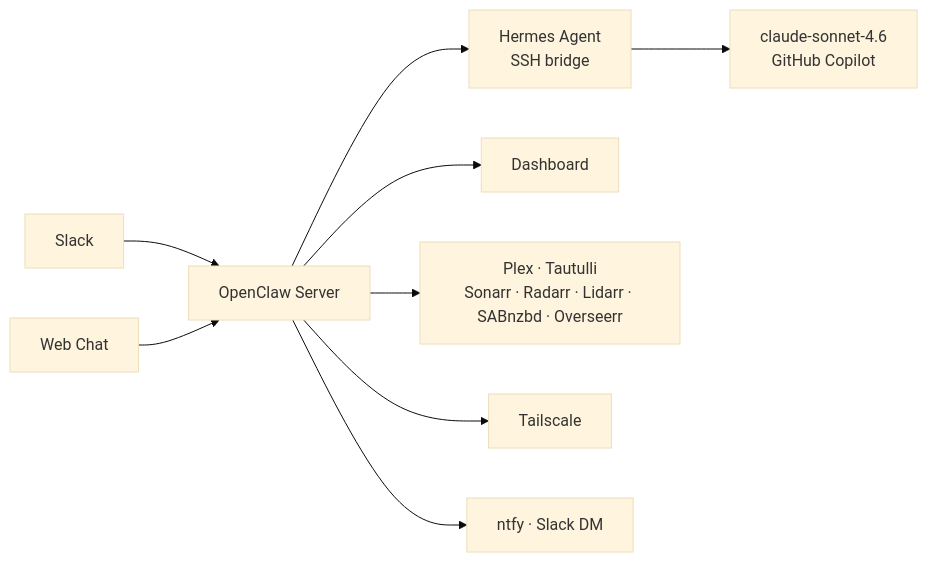
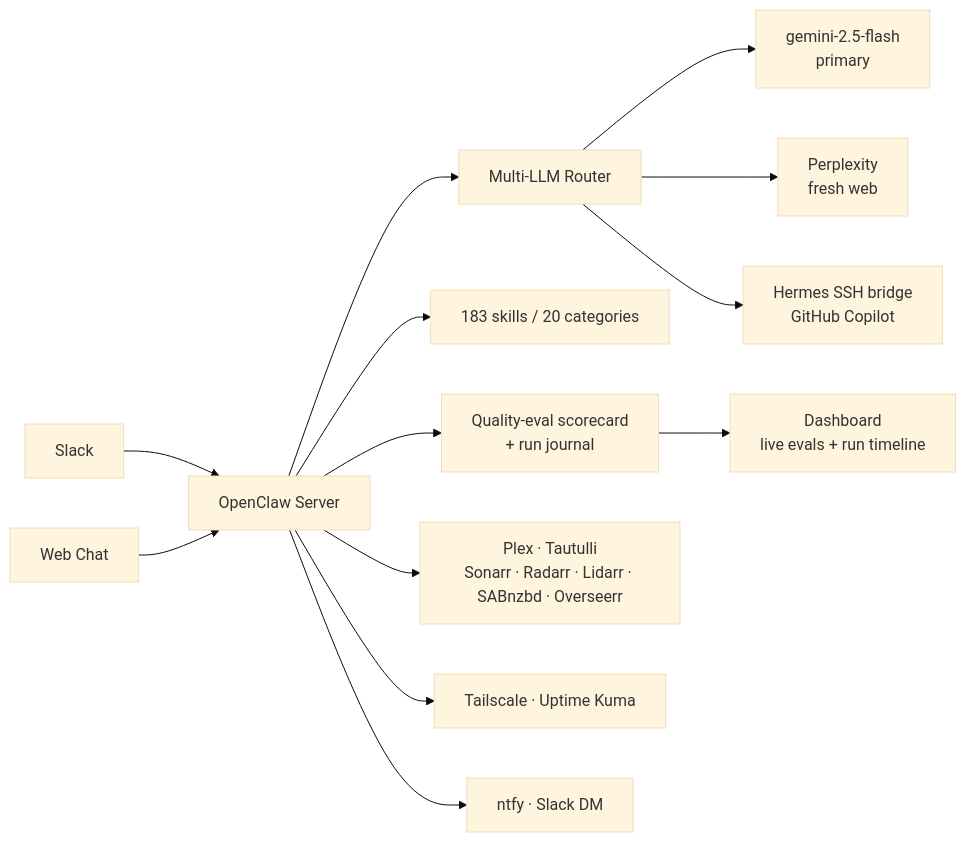
The diagram in README.md (DaveVoyles/openclaw-on-mac-mini), drawn with Mermaid (base theme) before and after one commit. The commit also changed other lines of this file and 1 other file, not shown here.

First line of the commit message:
docs(readme): reframe as agent platform, fix model drift

````diff
--- a/README.md
+++ b/README.md
@@ -68,14 +57,21 @@
 ```mermaid
 flowchart LR
     SL[Slack] --> OC[OpenClaw Server]
     WC[Web Chat] --> OC
-    OC --> HA[Hermes Agent
-SSH bridge]
-    HA --> LLM[claude-sonnet-4.6
+    OC --> ROUTER[Multi-LLM Router]
+    ROUTER --> GEM[gemini-2.5-flash
+primary]
+    ROUTER --> PPX[Perplexity
+fresh web]
+    ROUTER --> HA[Hermes SSH bridge
 GitHub Copilot]
-    OC --> DB[Dashboard]
+    OC --> SKILLS[183 skills / 20 categories]
+    OC --> EVAL[Quality-eval scorecard
++ run journal]
+    EVAL --> DB[Dashboard
+live evals + run timeline]
     OC --> MEDIA[Plex · Tautulli
 Sonarr · Radarr · Lidarr · SABnzbd · Overseerr]
-    OC --> NET[Tailscale]
+    OC --> NET[Tailscale · Uptime Kuma]
     OC --> NOTIFY[ntfy · Slack DM]
 ```
````
